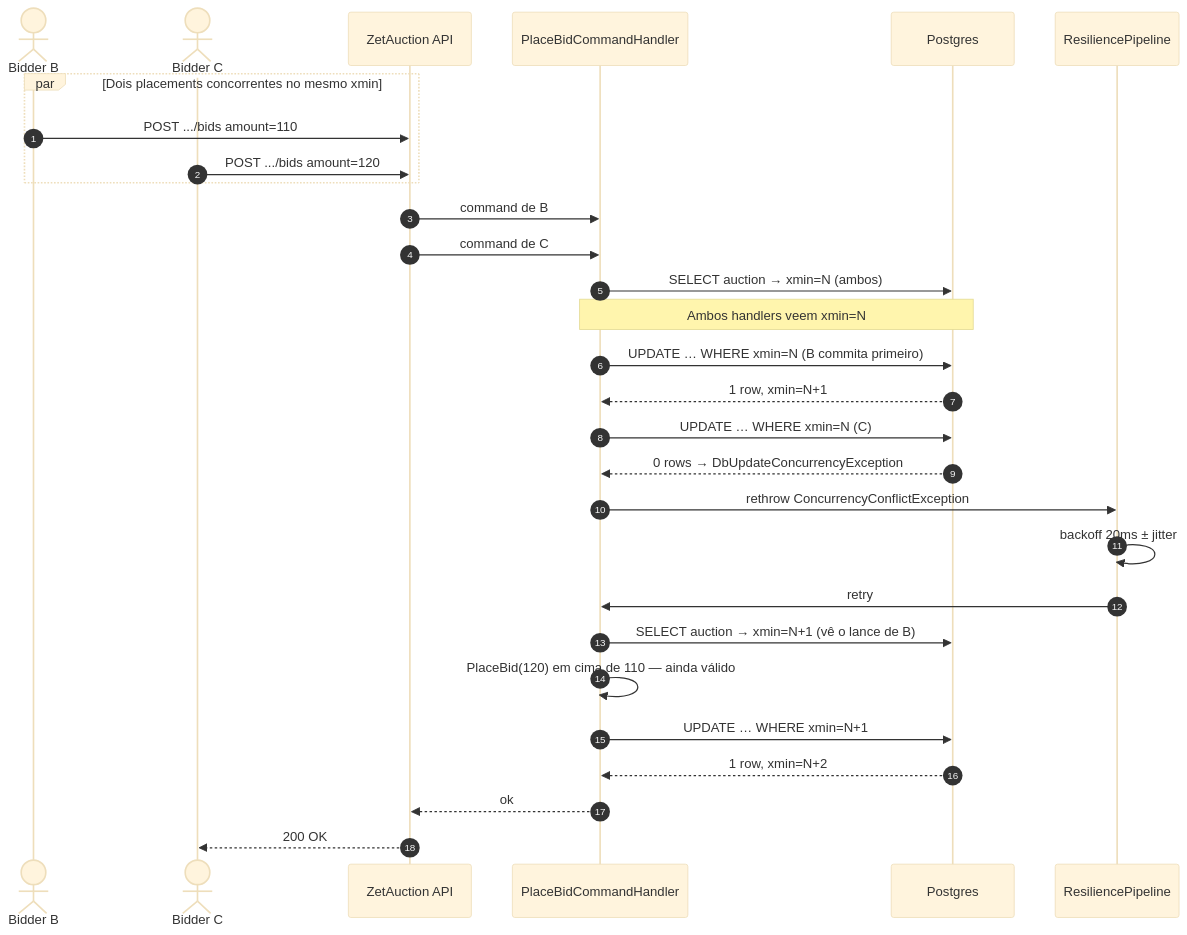
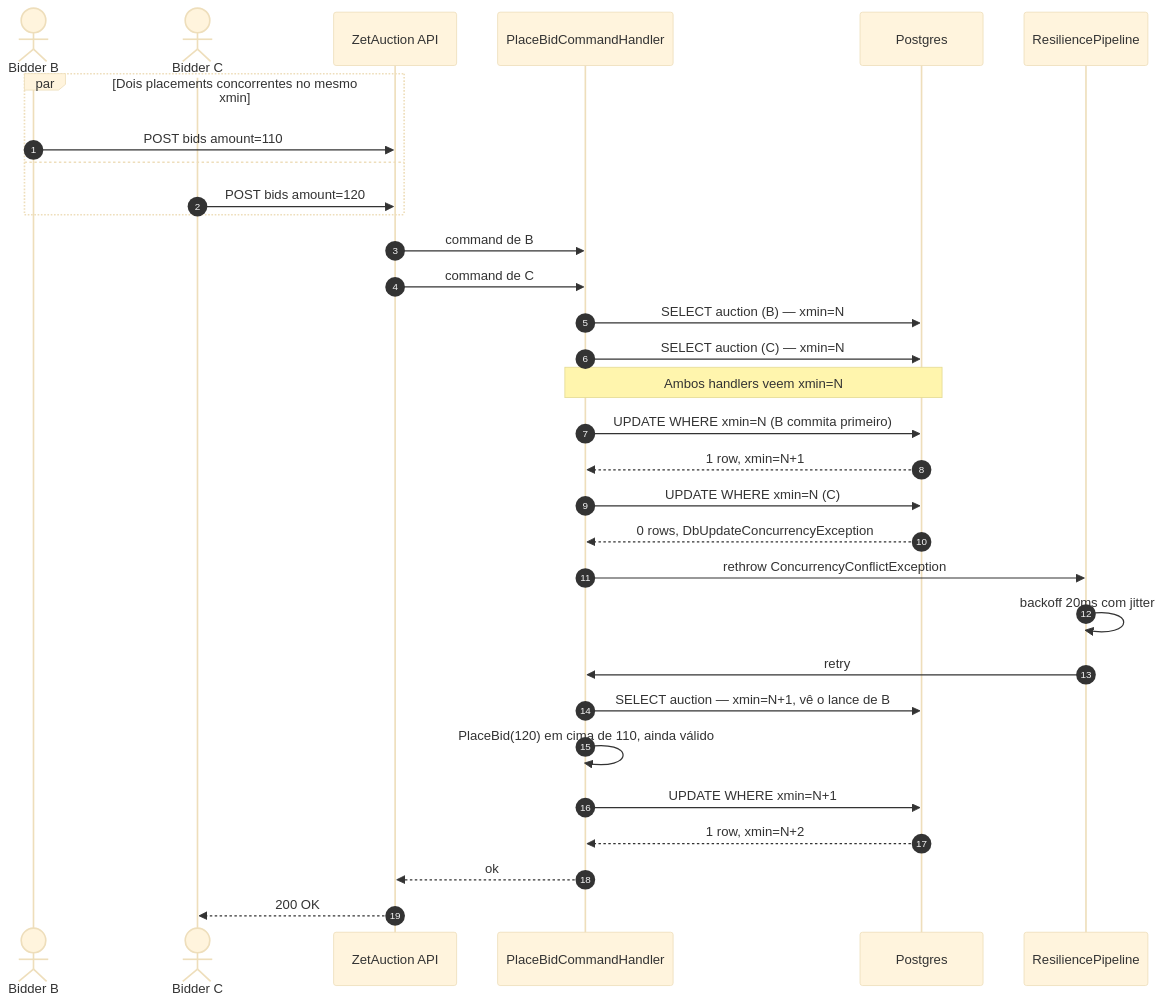
The second of 2 diagrams in docs/architecture/sequence-bid-placement.md (mzet97/ZetAuction), drawn with Mermaid (base theme) before and after one commit. The commit also changed other lines of this file and 2 other files, not shown here.

Commit message:
Update documentation to redact reviewer emails and clarify submission instructions

````diff
--- a/docs/architecture/sequence-bid-placement.md
+++ b/docs/architecture/sequence-bid-placement.md
@@ -50,32 +50,34 @@
 ```mermaid
 sequenceDiagram
     autonumber
     actor B as Bidder B
     actor C as Bidder C
     participant API as ZetAuction API
     participant H as PlaceBidCommandHandler
     participant DB as Postgres
     participant Polly as ResiliencePipeline
 
     par Dois placements concorrentes no mesmo xmin
-        B->>API: POST .../bids amount=110
-        C->>API: POST .../bids amount=120
+        B->>API: POST bids amount=110
+    and
+        C->>API: POST bids amount=120
     end
     API->>H: command de B
     API->>H: command de C
-    H->>DB: SELECT auction → xmin=N (ambos)
+    H->>DB: SELECT auction (B) — xmin=N
+    H->>DB: SELECT auction (C) — xmin=N
     Note over H,DB: Ambos handlers veem xmin=N
-    H->>DB: UPDATE … WHERE xmin=N (B commita primeiro)
+    H->>DB: UPDATE WHERE xmin=N (B commita primeiro)
     DB-->>H: 1 row, xmin=N+1
-    H->>DB: UPDATE … WHERE xmin=N (C)
-    DB-->>H: 0 rows → DbUpdateConcurrencyException
+    H->>DB: UPDATE WHERE xmin=N (C)
+    DB-->>H: 0 rows, DbUpdateConcurrencyException
     H->>Polly: rethrow ConcurrencyConflictException
-    Polly->>Polly: backoff 20ms ± jitter
+    Polly->>Polly: backoff 20ms com jitter
     Polly->>H: retry
-    H->>DB: SELECT auction → xmin=N+1 (vê o lance de B)
-    H->>H: PlaceBid(120) em cima de 110 — ainda válido
-    H->>DB: UPDATE … WHERE xmin=N+1
+    H->>DB: SELECT auction — xmin=N+1, vê o lance de B
+    H->>H: PlaceBid(120) em cima de 110, ainda válido
+    H->>DB: UPDATE WHERE xmin=N+1
     DB-->>H: 1 row, xmin=N+2
     H-->>API: ok
     API-->>C: 200 OK
 ```
````
